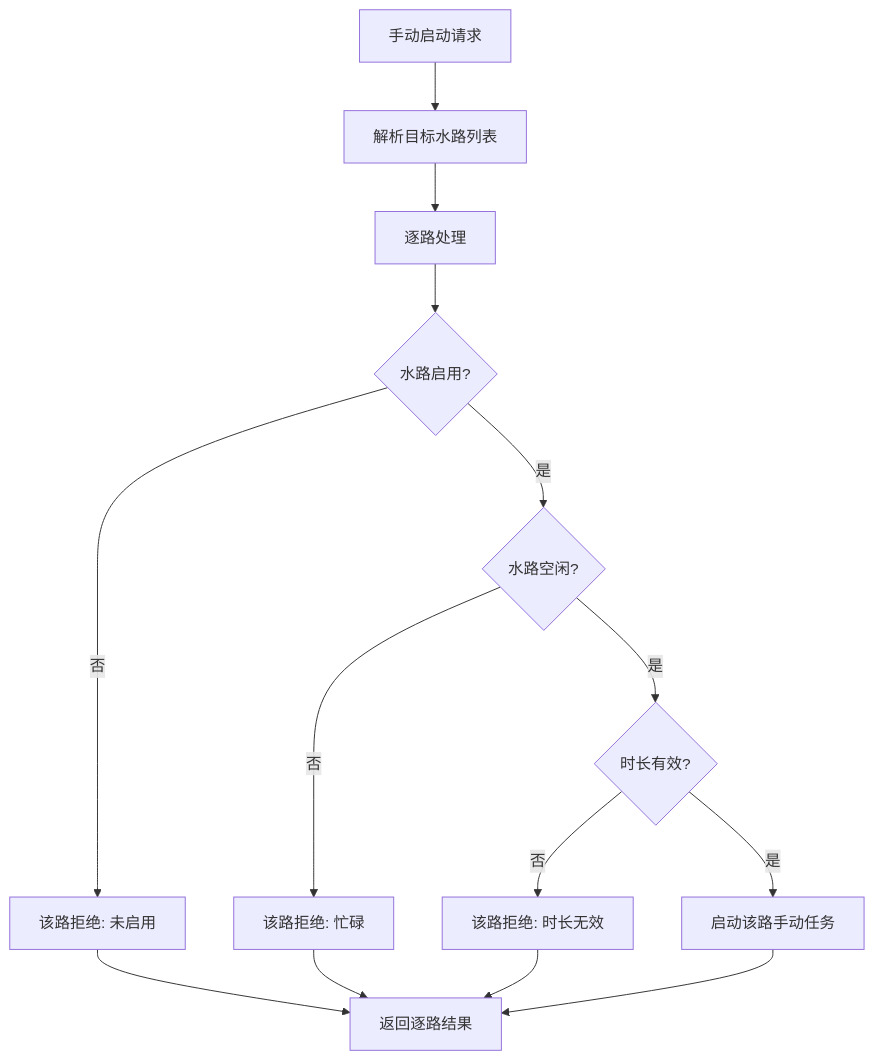
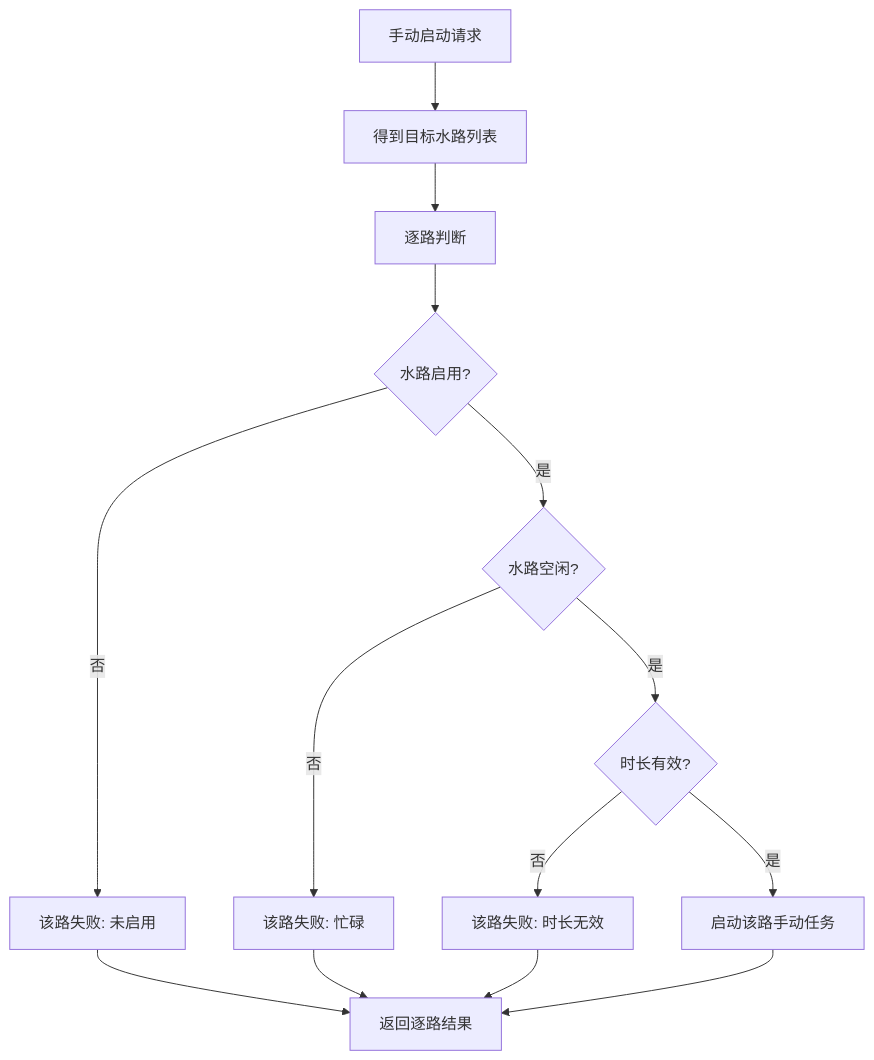
Before and after one commit to tangyangguang/Esp32_Irrigation: the fourth of 6 diagrams in 灌溉系统核心逻辑说明.md, drawn with Mermaid. The commit also changed other lines of this file, not shown here.

````diff
--- a/灌溉系统核心逻辑说明.md
+++ b/灌溉系统核心逻辑说明.md
@@ -269,16 +247,16 @@
 ```mermaid
 flowchart TD
-    A["手动启动请求"] --> B["解析目标水路列表"]
-    B --> C["逐路处理"]
+    A["手动启动请求"] --> B["得到目标水路列表"]
+    B --> C["逐路判断"]
     C --> D{"水路启用?"}
-    D -- 否 --> R["该路拒绝: 未启用"]
+    D -- 否 --> R["该路失败: 未启用"]
     D -- 是 --> E{"水路空闲?"}
-    E -- 否 --> S["该路拒绝: 忙碌"]
+    E -- 否 --> S["该路失败: 忙碌"]
     E -- 是 --> F{"时长有效?"}
-    F -- 否 --> T["该路拒绝: 时长无效"]
+    F -- 否 --> T["该路失败: 时长无效"]
     F -- 是 --> G["启动该路手动任务"]
-    R --> H["返回逐路结果"]
+    G --> H["返回逐路结果"]
+    R --> H
     S --> H
     T --> H
-    G --> H
 ```
````
